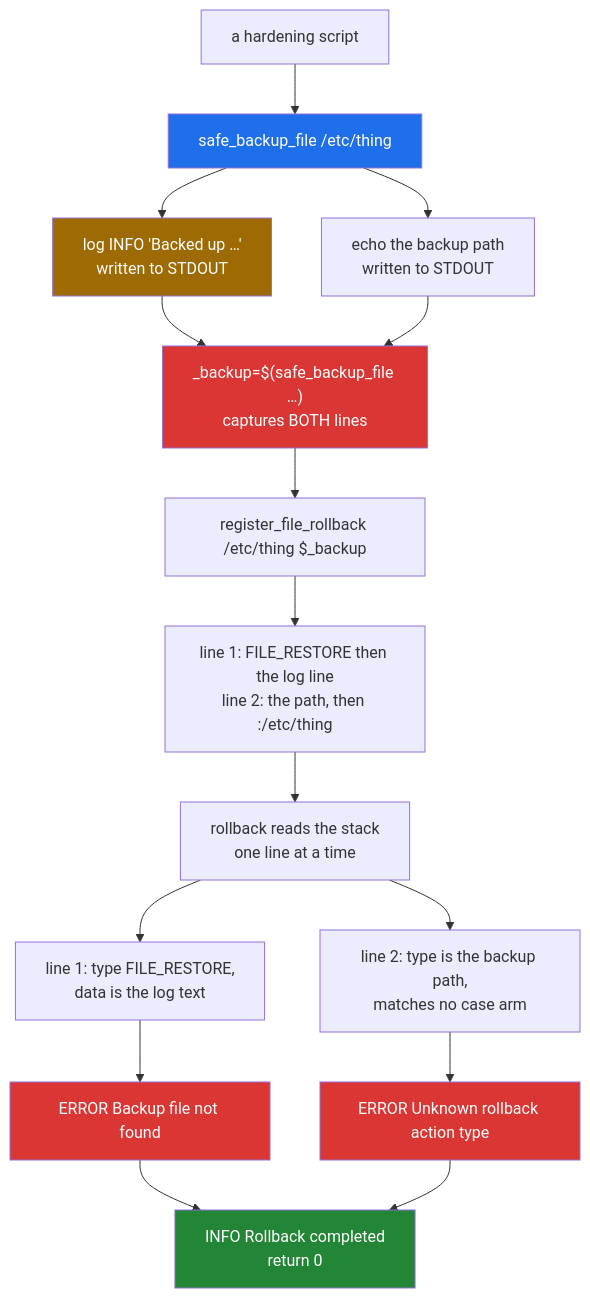
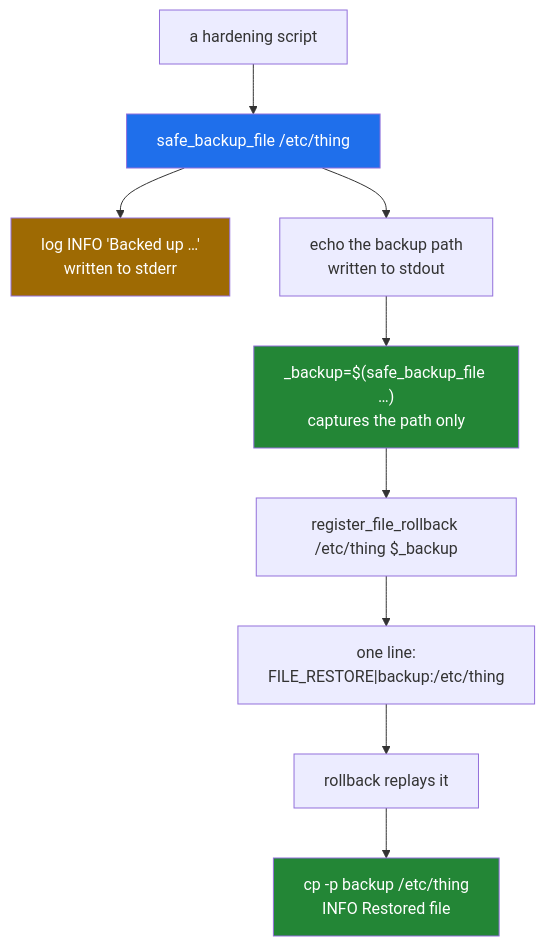
The second of 3 diagrams in docs/rollback.md (Bissbert/POSIX-hardening), drawn with Mermaid before and after one commit. The commit also changed other lines of this file and 35 other files, not shown here.

````diff
--- a/docs/rollback.md
+++ b/docs/rollback.md
@@ -71,24 +73,16 @@
 ```mermaid
 flowchart TD
     S["a hardening script"] --> SB["safe_backup_file /etc/thing"]
-    SB --> LOG["log INFO 'Backed up …'<br/>written to STDOUT"]
-    SB --> ECHO["echo the backup path<br/>written to STDOUT"]
-    LOG --> CAP["_backup=$(safe_backup_file …)<br/>captures BOTH lines"]
-    ECHO --> CAP
+    SB --> LOG["log INFO 'Backed up …'<br/>written to stderr"]
+    SB --> ECHO["echo the backup path<br/>written to stdout"]
+    ECHO --> CAP["_backup=$(safe_backup_file …)<br/>captures the path only"]
     CAP --> REG["register_file_rollback /etc/thing $_backup"]
-    REG --> STACK["line 1: FILE_RESTORE then the log line<br/>line 2: the path, then :/etc/thing"]
-    STACK --> RB["rollback reads the stack<br/>one line at a time"]
-    RB --> L1["line 1: type FILE_RESTORE,<br/>data is the log text"]
-    RB --> L2["line 2: type is the backup path,<br/>matches no case arm"]
-    L1 --> E1["ERROR Backup file not found"]
-    L2 --> E2["ERROR Unknown rollback action type"]
-    E1 --> DONE["INFO Rollback completed<br/>return 0"]
-    E2 --> DONE
+    REG --> STACK["one line:<br/>FILE_RESTORE|backup:/etc/thing"]
+    STACK --> RB["rollback replays it"]
+    RB --> DONE["cp -p backup /etc/thing<br/>INFO Restored file"]
 
     style SB fill:#1f6feb,color:#fff
     style LOG fill:#9e6a03,color:#fff
-    style CAP fill:#da3633,color:#fff
-    style E1 fill:#da3633,color:#fff
-    style E2 fill:#da3633,color:#fff
+    style CAP fill:#238636,color:#fff
     style DONE fill:#238636,color:#fff
 ```
````
